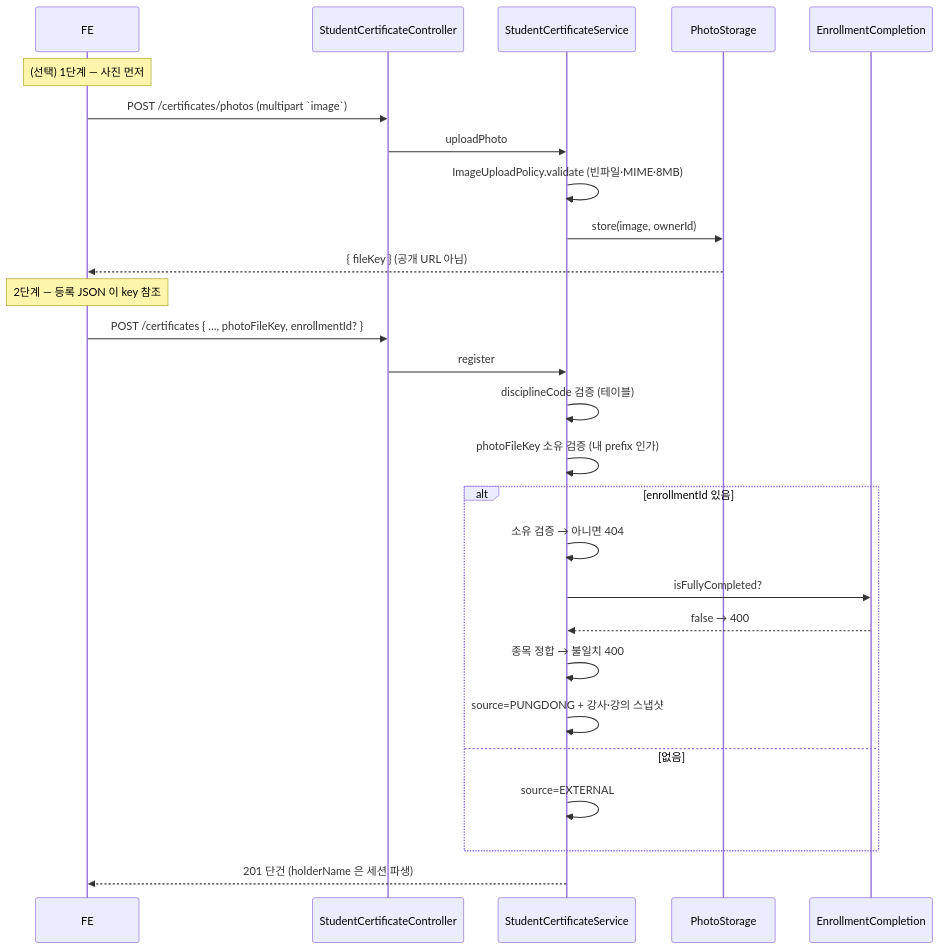
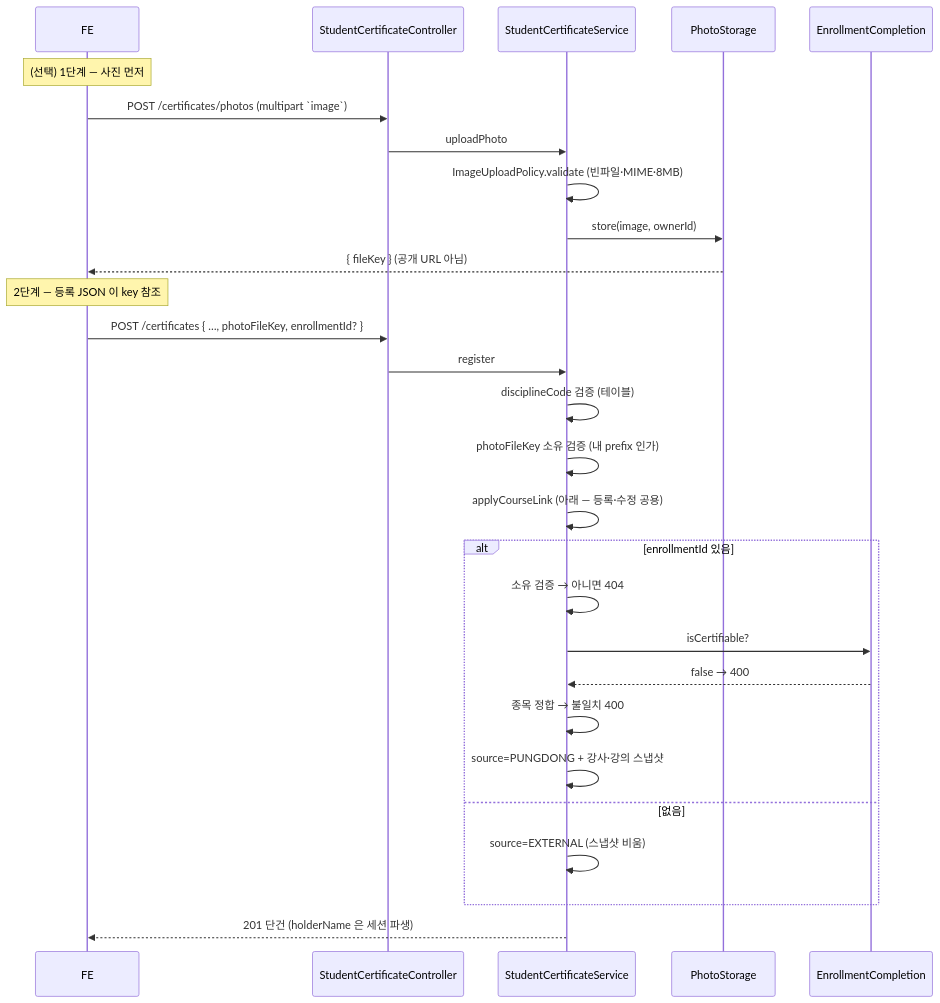
One commit to pungdong/Pungdong-Backend changed the third of 4 diagrams in docs/architecture/certificate.md. Above: the diagram before and after it, drawn with Mermaid. The commit also changed other lines of this file and 3 other files, not shown here.

````diff
--- a/docs/architecture/certificate.md
+++ b/docs/architecture/certificate.md
@@ -114,31 +130,32 @@
 ```mermaid
 sequenceDiagram
     participant FE
     participant Ctl as StudentCertificateController
     participant Svc as StudentCertificateService
     participant Store as PhotoStorage
     participant Enroll as EnrollmentCompletion
 
     Note over FE: (선택) 1단계 — 사진 먼저
     FE->>Ctl: POST /certificates/photos (multipart `image`)
     Ctl->>Svc: uploadPhoto
     Svc->>Svc: ImageUploadPolicy.validate (빈파일·MIME·8MB)
     Svc->>Store: store(image, ownerId)
     Store-->>FE: { fileKey } (공개 URL 아님)
 
     Note over FE: 2단계 — 등록 JSON 이 key 참조
     FE->>Ctl: POST /certificates { …, photoFileKey, enrollmentId? }
     Ctl->>Svc: register
     Svc->>Svc: disciplineCode 검증 (테이블)
     Svc->>Svc: photoFileKey 소유 검증 (내 prefix 인가)
+    Svc->>Svc: applyCourseLink (아래 — 등록·수정 공용)
     alt enrollmentId 있음
         Svc->>Svc: 소유 검증 → 아니면 404
-        Svc->>Enroll: isFullyCompleted?
+        Svc->>Enroll: isCertifiable?
         Enroll-->>Svc: false → 400
         Svc->>Svc: 종목 정합 → 불일치 400
         Svc->>Svc: source=PUNGDONG + 강사·강의 스냅샷
     else 없음
-        Svc->>Svc: source=EXTERNAL
+        Svc->>Svc: source=EXTERNAL (스냅샷 비움)
     end
     Svc-->>FE: 201 단건 (holderName 은 세션 파생)
 ```
````
